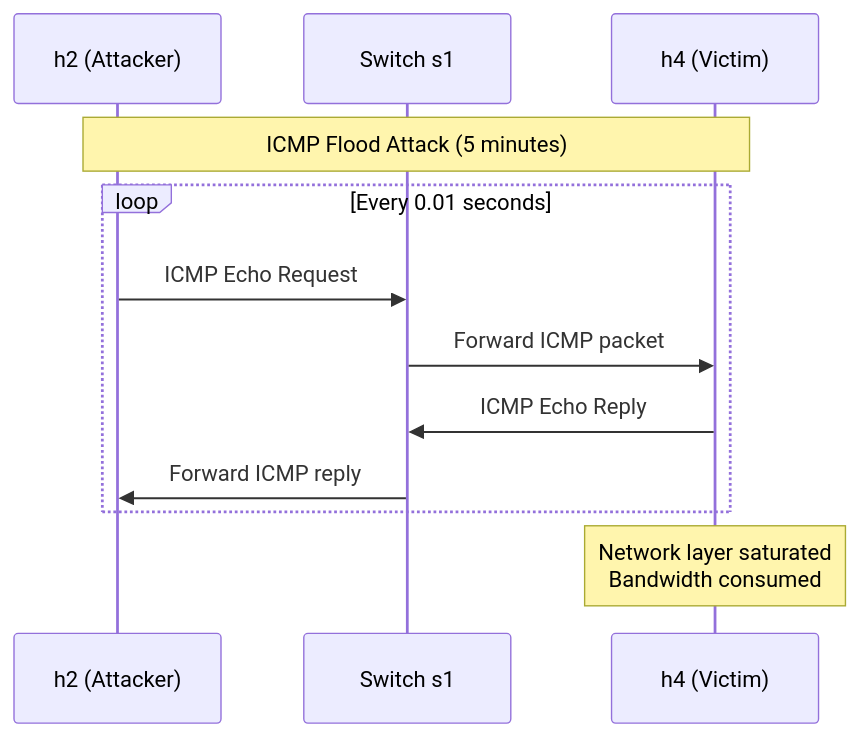
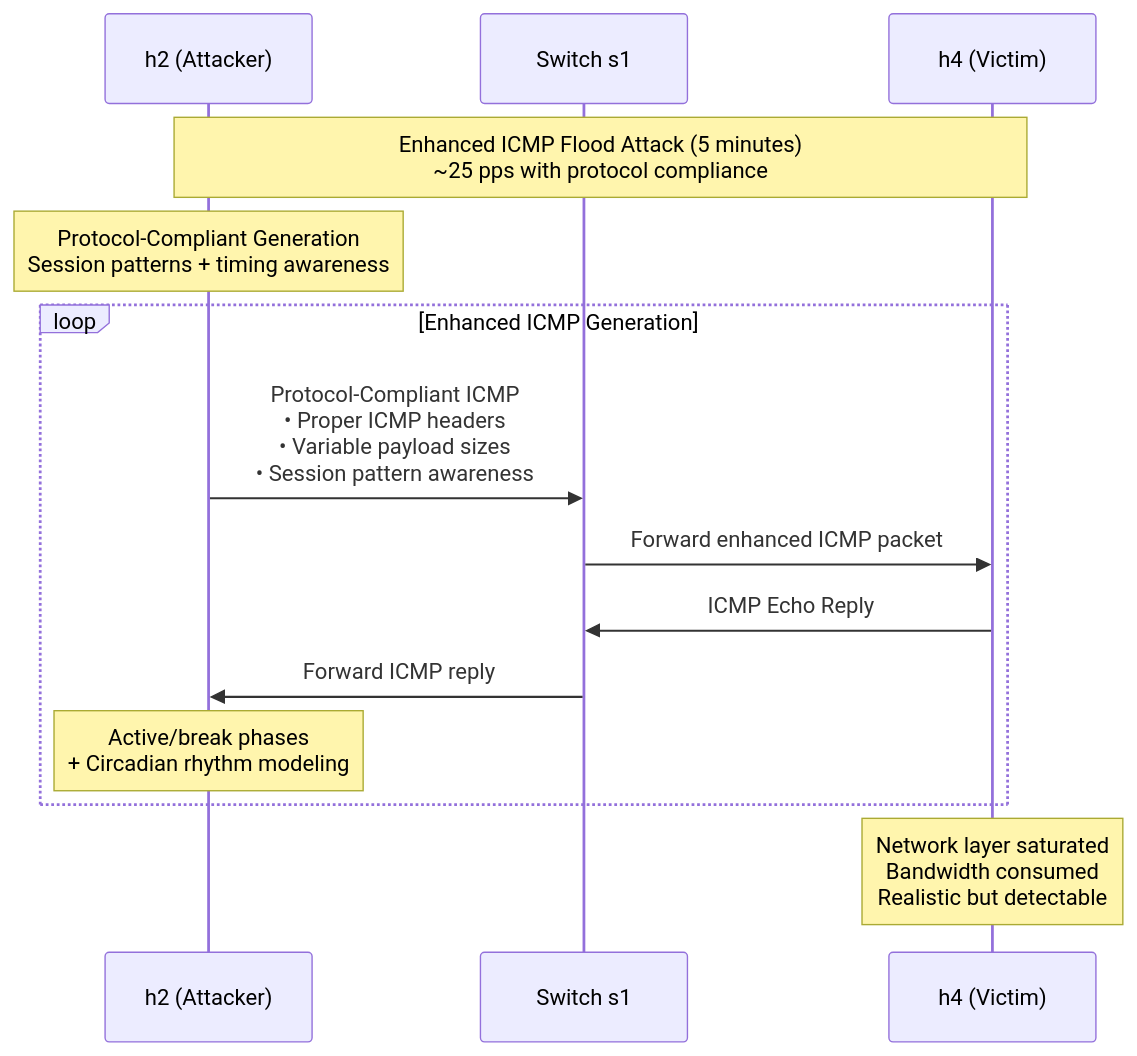
The seventh of 21 diagrams in docs/scenario.md (nqmn/adddosdn), drawn with Mermaid before and after one commit. The commit also changed other lines of this file, not shown here.

````diff
--- a/docs/scenario.md
+++ b/docs/scenario.md
@@ -144,17 +181,20 @@
 ```mermaid
 sequenceDiagram
     participant h2 as h2 (Attacker)
     participant s1 as Switch s1
     participant h4 as h4 (Victim)
     
-    Note over h2,h4: ICMP Flood Attack (5 minutes)
+    Note over h2,h4: Enhanced ICMP Flood Attack (5 minutes)<br/>~25 pps with protocol compliance
     
-    loop Every 0.01 seconds
-        h2->>s1: ICMP Echo Request
-        s1->>h4: Forward ICMP packet
+    Note over h2: Protocol-Compliant Generation<br/>Session patterns + timing awareness
+    
+    loop Enhanced ICMP Generation
+        h2->>s1: Protocol-Compliant ICMP<br/>• Proper ICMP headers<br/>• Variable payload sizes<br/>• Session pattern awareness
+        s1->>h4: Forward enhanced ICMP packet
         h4->>s1: ICMP Echo Reply
         s1->>h2: Forward ICMP reply
+        Note over h2: Active/break phases<br/>+ Circadian rhythm modeling
     end
     
-    Note over h4: Network layer saturated<br/>Bandwidth consumed
+    Note over h4: Network layer saturated<br/>Bandwidth consumed<br/>Realistic but detectable
 ```
````
